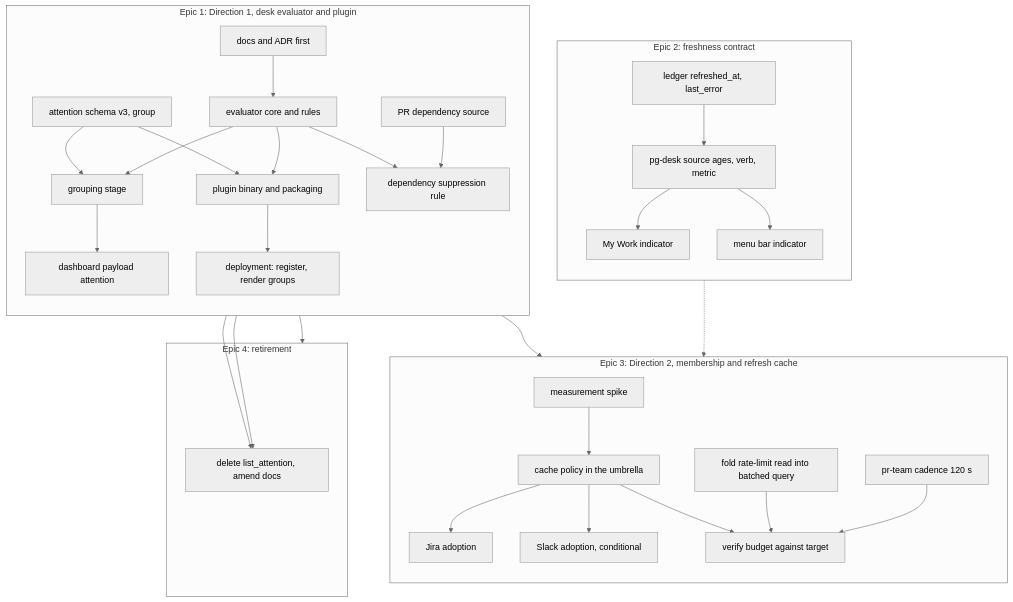
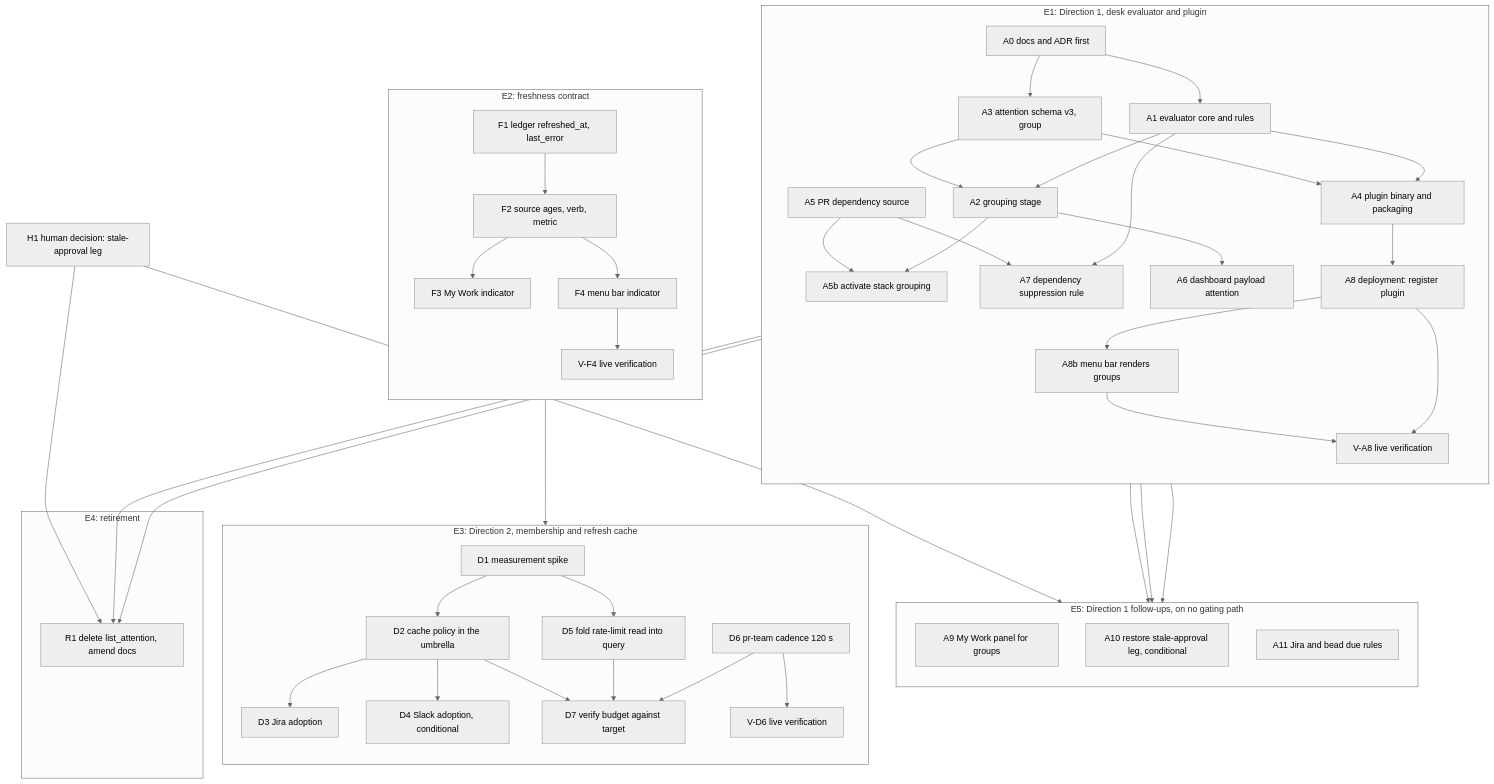
One commit to phillipgreenii/nix-agent-support changed the fifth of 5 diagrams in docs/superpowers/specs/2026-10-05-pg-desk-attention-evaluator-and-connector-refresh-cache-design.md. Above: the diagram before and after it, drawn with Mermaid (neutral theme). The commit also changed other lines of this file, not shown here.

First line of the commit message:
docs(specs): apply independent-review fixes to the attention evaluator design (pg2-m482k)

````diff
--- a/docs/superpowers/specs/2026-10-05-pg-desk-attention-evaluator-and-connector-refresh-cache-design.md
+++ b/docs/superpowers/specs/2026-10-05-pg-desk-attention-evaluator-and-connector-refresh-cache-design.md
@@ -734,40 +826,82 @@
 ```mermaid
 flowchart TB
-    subgraph E1["Epic 1: Direction 1, desk evaluator and plugin"]
+    subgraph E1["E1: Direction 1, desk evaluator and plugin"]
         direction TB
-        A0["docs and ADR first"] --> A1["evaluator core and rules"]
-        A1 --> A2["grouping stage"]
-        A3["attention schema v3, group"] --> A2
-        A1 --> A4["plugin binary and packaging"]
+        A0["A0 docs and ADR first"]
+        A1["A1 evaluator core and rules"]
+        A3["A3 attention schema v3, group"]
+        A2["A2 grouping stage"]
+        A4["A4 plugin binary and packaging"]
+        A5["A5 PR dependency source"]
+        A5b["A5b activate stack grouping"]
+        A7["A7 dependency suppression rule"]
+        A6["A6 dashboard payload attention"]
+        A8["A8 deployment: register plugin"]
+        A8b["A8b menu bar renders groups"]
+        VA8["V-A8 live verification"]
+        A0 --> A1
+        A0 --> A3
+        A1 --> A2
+        A3 --> A2
+        A1 --> A4
         A3 --> A4
-        A2 --> A6["dashboard payload attention"]
-        A5["PR dependency source"] --> A7["dependency suppression rule"]
+        A2 --> A5b
+        A5 --> A5b
         A1 --> A7
-        A4 --> A8["deployment: register, render groups"]
+        A5 --> A7
+        A2 --> A6
+        A4 --> A8
+        A8 --> A8b
+        A8 --> VA8
+        A8b --> VA8
     end
-    subgraph E2["Epic 2: freshness contract"]
+    subgraph E5["E5: Direction 1 follow-ups, on no gating path"]
         direction TB
-        F1["ledger refreshed_at, last_error"] --> F2["pg-desk source ages, verb, metric"]
-        F2 --> F3["My Work indicator"]
-        F2 --> F4["menu bar indicator"]
+        A9["A9 My Work panel for groups"]
+        A10["A10 restore stale-approval leg, conditional"]
+        A11["A11 Jira and bead due rules"]
     end
-    subgraph E3["Epic 3: Direction 2, membership and refresh cache"]
+    subgraph E2["E2: freshness contract"]
         direction TB
-        D1["measurement spike"] --> D2["cache policy in the umbrella"]
-        D2 --> D3["Jira adoption"]
-        D2 --> D4["Slack adoption, conditional"]
-        D5["fold rate-limit read into batched query"]
-        D6["pr-team cadence 120 s"]
-        D2 --> D7["verify budget against target"]
+        F1["F1 ledger refreshed_at, last_error"]
+        F2["F2 source ages, verb, metric"]
+        F3["F3 My Work indicator"]
+        F4["F4 menu bar indicator"]
+        VF4["V-F4 live verification"]
+        F1 --> F2
+        F2 --> F3
+        F2 --> F4
+        F4 --> VF4
+    end
+    subgraph E3["E3: Direction 2, membership and refresh cache"]
+        direction TB
+        D1["D1 measurement spike"]
+        D2["D2 cache policy in the umbrella"]
+        D3["D3 Jira adoption"]
+        D4["D4 Slack adoption, conditional"]
+        D5["D5 fold rate-limit read into query"]
+        D6["D6 pr-team cadence 120 s"]
+        D7["D7 verify budget against target"]
+        VD6["V-D6 live verification"]
+        D1 --> D2
+        D1 --> D5
+        D2 --> D3
+        D2 --> D4
+        D2 --> D7
         D5 --> D7
         D6 --> D7
+        D6 --> VD6
     end
-    subgraph E4["Epic 4: retirement"]
-        R1["delete list_attention, amend docs"]
+    subgraph E4["E4: retirement"]
+        R1["R1 delete list_attention, amend docs"]
     end
-    E1 --> E3
-    E1 --> E4
-    F1 -.-> D2
+    H1["H1 human decision: stale-approval leg"]
+    A6 --> A9
+    A1 --> A10
+    A1 --> A11
+    H1 --> A10
+    F1 --> D2
     A4 --> R1
     A8 --> R1
+    H1 --> R1
 ```
````
